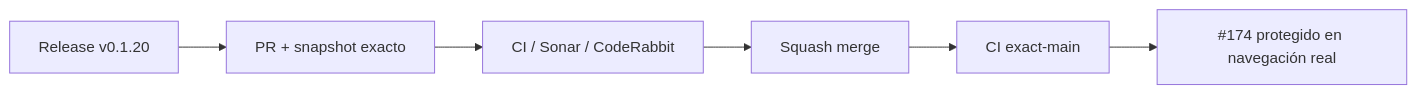
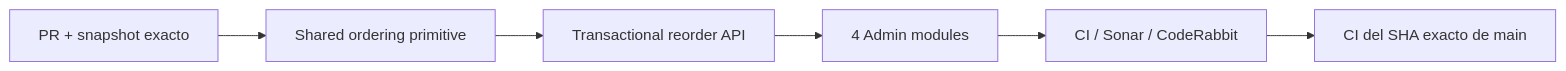
The diagram in README.md (pl0n3r/brvtal), drawn with Mermaid before and after one commit. The commit also changed other lines of this file and 22 other files, not shown here.

````diff
--- a/README.md
+++ b/README.md
@@ -48,8 +49,8 @@
 ```mermaid
 flowchart LR
- A["Release v0.1.20"] --> P["PR + snapshot exacto"]
- P --> Q["CI / Sonar / CodeRabbit"]
- Q --> M["Squash merge"]
- M --> X["CI exact-main"]
- X --> N["#174 protegido en navegación real"]
+ A["PR + snapshot exacto"] --> U["Shared ordering primitive"]
+ U --> API["Transactional reorder API"]
+ API --> M["4 Admin modules"]
+ M --> Q["CI / Sonar / CodeRabbit"]
+ Q --> X["CI del SHA exacto de main"]
 ```
````
